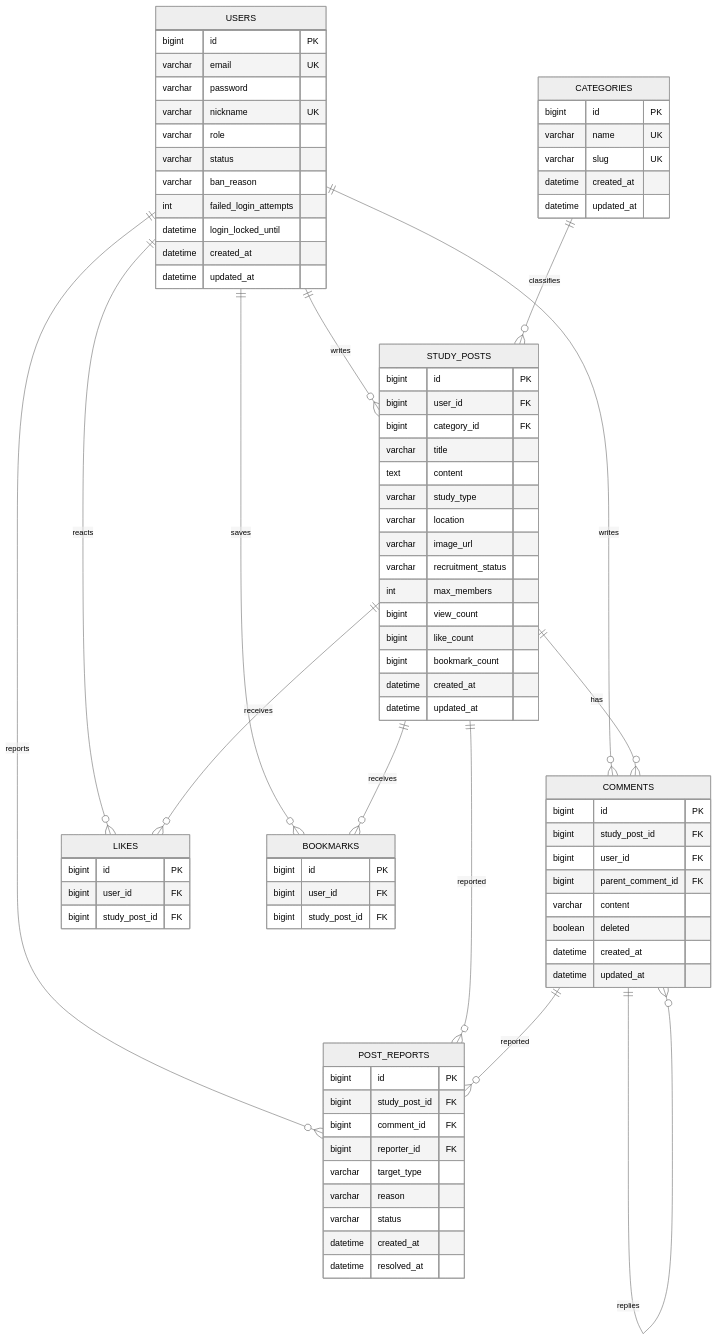
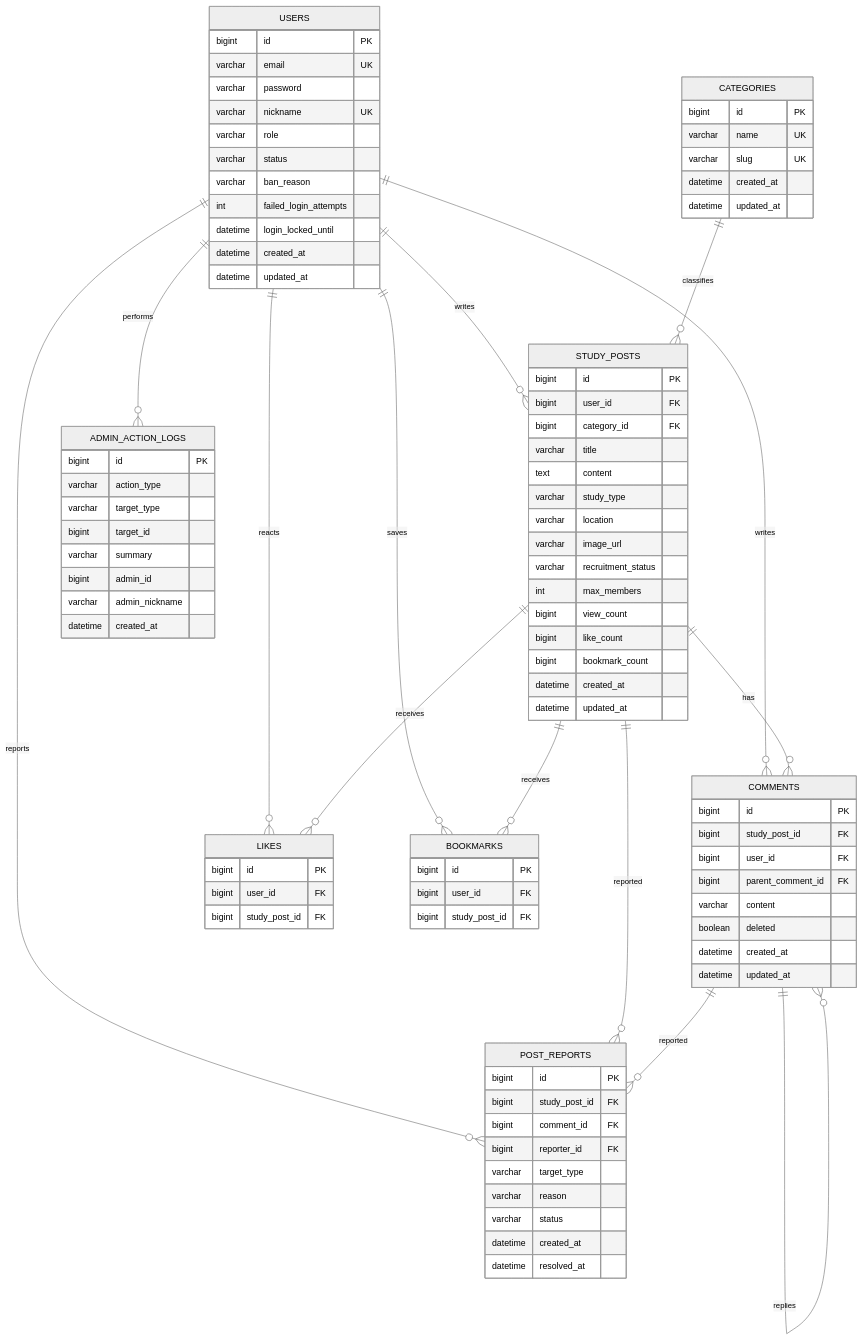
Before and after one commit to lingshanel/study-moim: the diagram in docs/ERD.md, drawn with Mermaid (neutral theme). The commit also changed other lines of this file and 4 other files, not shown here.

````diff
--- a/docs/ERD.md
+++ b/docs/ERD.md
@@ -9,6 +9,7 @@
   USERS ||--o{ LIKES : reacts
   USERS ||--o{ BOOKMARKS : saves
   USERS ||--o{ POST_REPORTS : reports
+  USERS ||--o{ ADMIN_ACTION_LOGS : performs
   CATEGORIES ||--o{ STUDY_POSTS : classifies
   STUDY_POSTS ||--o{ COMMENTS : has
   STUDY_POSTS ||--o{ LIKES : receives
@@ -91,4 +92,15 @@
     datetime created_at
     datetime resolved_at
   }
+
+  ADMIN_ACTION_LOGS {
+    bigint id PK
+    varchar action_type
+    varchar target_type
+    bigint target_id
+    varchar summary
+    bigint admin_id
+    varchar admin_nickname
+    datetime created_at
+  }
 ```
````
